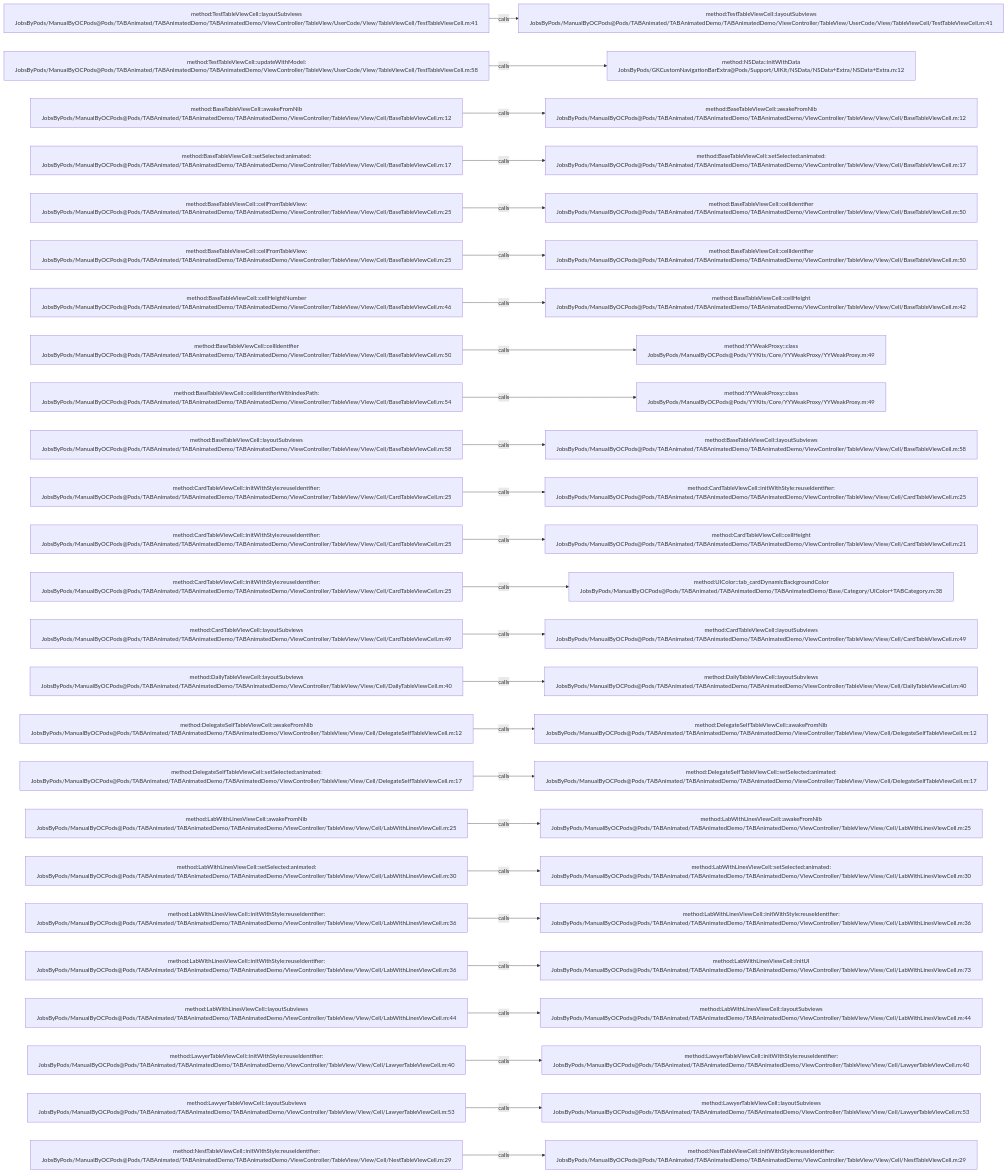
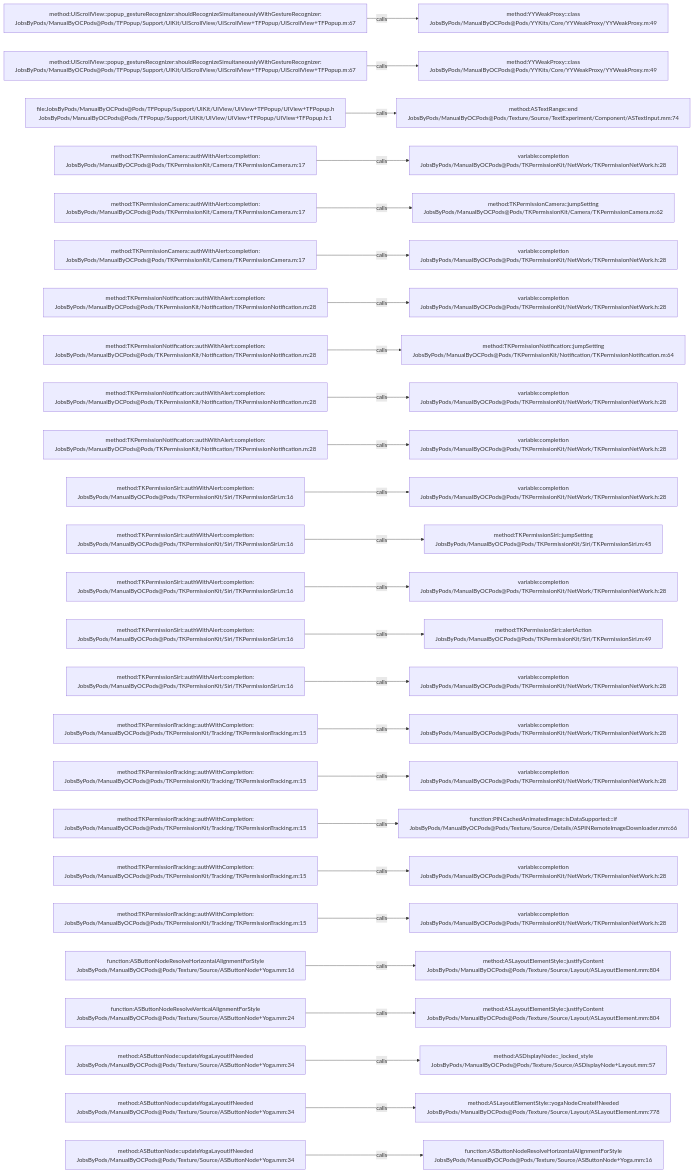
The diagram in .codegraph/codegraph.md/graphs/calls-068.md (JobsKits/JobsOCBaseConfigDemo), drawn with Mermaid before and after one commit. The commit also changed 1353 other files, not shown here.

````diff
--- a/.codegraph/codegraph.md/graphs/calls-068.md
+++ b/.codegraph/codegraph.md/graphs/calls-068.md
@@ -13,78 +13,78 @@
 ```mermaid
 flowchart LR
-  S1["method:TestTableViewCell::layoutSubviews<br/>JobsByPods/ManualByOCPods@Pods/TABAnimated/TABAnimatedDemo/TABAnimatedDemo/ViewController/TableView/UserCode/View/TableViewCell/TestTableViewCell.m:41"]
-  T1["method:TestTableViewCell::layoutSubviews<br/>JobsByPods/ManualByOCPods@Pods/TABAnimated/TABAnimatedDemo/TABAnimatedDemo/ViewController/TableView/UserCode/View/TableViewCell/TestTableViewCell.m:41"]
+  S1["method:UIScrollView::popup_gestureRecognizer:shouldRecognizeSimultaneouslyWithGestureRecognizer:<br/>JobsByPods/ManualByOCPods@Pods/TFPopup/Support/UIKit/UIScrollView/UIScrollView+TFPopup/UIScrollView+TFPopup.m:67"]
+  T1["method:YYWeakProxy::class<br/>JobsByPods/ManualByOCPods@Pods/YYKits/Core/YYWeakProxy/YYWeakProxy.m:49"]
   S1 -->|calls| T1
-  S2["method:TestTableViewCell::updateWithModel:<br/>JobsByPods/ManualByOCPods@Pods/TABAnimated/TABAnimatedDemo/TABAnimatedDemo/ViewController/TableView/UserCode/View/TableViewCell/TestTableViewCell.m:58"]
-  T2["method:NSData::initWithData<br/>JobsByPods/GKCustomNavigationBarExtra@Pods/Support/UIKit/NSData/NSData+Extra/NSData+Extra.m:12"]
+  S2["method:UIScrollView::popup_gestureRecognizer:shouldRecognizeSimultaneouslyWithGestureRecognizer:<br/>JobsByPods/ManualByOCPods@Pods/TFPopup/Support/UIKit/UIScrollView/UIScrollView+TFPopup/UIScrollView+TFPopup.m:67"]
+  T2["method:YYWeakProxy::class<br/>JobsByPods/ManualByOCPods@Pods/YYKits/Core/YYWeakProxy/YYWeakProxy.m:49"]
   S2 -->|calls| T2
-  S3["method:BaseTableViewCell::awakeFromNib<br/>JobsByPods/ManualByOCPods@Pods/TABAnimated/TABAnimatedDemo/TABAnimatedDemo/ViewController/TableView/View/Cell/BaseTableViewCell.m:12"]
-  T3["method:BaseTableViewCell::awakeFromNib<br/>JobsByPods/ManualByOCPods@Pods/TABAnimated/TABAnimatedDemo/TABAnimatedDemo/ViewController/TableView/View/Cell/BaseTableViewCell.m:12"]
+  S3["file:JobsByPods/ManualByOCPods@Pods/TFPopup/Support/UIKit/UIView/UIView+TFPopup/UIView+TFPopup.h<br/>JobsByPods/ManualByOCPods@Pods/TFPopup/Support/UIKit/UIView/UIView+TFPopup/UIView+TFPopup.h:1"]
+  T3["method:ASTextRange::end<br/>JobsByPods/ManualByOCPods@Pods/Texture/Source/TextExperiment/Component/ASTextInput.mm:74"]
   S3 -->|calls| T3
-  S4["method:BaseTableViewCell::setSelected:animated:<br/>JobsByPods/ManualByOCPods@Pods/TABAnimated/TABAnimatedDemo/TABAnimatedDemo/ViewController/TableView/View/Cell/BaseTableViewCell.m:17"]
-  T4["method:BaseTableViewCell::setSelected:animated:<br/>JobsByPods/ManualByOCPods@Pods/TABAnimated/TABAnimatedDemo/TABAnimatedDemo/ViewController/TableView/View/Cell/BaseTableViewCell.m:17"]
+  S4["method:TKPermissionCamera::authWithAlert:completion:<br/>JobsByPods/ManualByOCPods@Pods/TKPermissionKit/Camera/TKPermissionCamera.m:17"]
+  T4["variable:completion<br/>JobsByPods/ManualByOCPods@Pods/TKPermissionKit/NetWork/TKPermissionNetWork.h:28"]
   S4 -->|calls| T4
-  S5["method:BaseTableViewCell::cellFromTableView:<br/>JobsByPods/ManualByOCPods@Pods/TABAnimated/TABAnimatedDemo/TABAnimatedDemo/ViewController/TableView/View/Cell/BaseTableViewCell.m:25"]
-  T5["method:BaseTableViewCell::cellIdentifier<br/>JobsByPods/ManualByOCPods@Pods/TABAnimated/TABAnimatedDemo/TABAnimatedDemo/ViewController/TableView/View/Cell/BaseTableViewCell.m:50"]
+  S5["method:TKPermissionCamera::authWithAlert:completion:<br/>JobsByPods/ManualByOCPods@Pods/TKPermissionKit/Camera/TKPermissionCamera.m:17"]
+  T5["method:TKPermissionCamera::jumpSetting<br/>JobsByPods/ManualByOCPods@Pods/TKPermissionKit/Camera/TKPermissionCamera.m:62"]
   S5 -->|calls| T5
-  S6["method:BaseTableViewCell::cellFromTableView:<br/>JobsByPods/ManualByOCPods@Pods/TABAnimated/TABAnimatedDemo/TABAnimatedDemo/ViewController/TableView/View/Cell/BaseTableViewCell.m:25"]
-  T6["method:BaseTableViewCell::cellIdentifier<br/>JobsByPods/ManualByOCPods@Pods/TABAnimated/TABAnimatedDemo/TABAnimatedDemo/ViewController/TableView/View/Cell/BaseTableViewCell.m:50"]
+  S6["method:TKPermissionCamera::authWithAlert:completion:<br/>JobsByPods/ManualByOCPods@Pods/TKPermissionKit/Camera/TKPermissionCamera.m:17"]
+  T6["variable:completion<br/>JobsByPods/ManualByOCPods@Pods/TKPermissionKit/NetWork/TKPermissionNetWork.h:28"]
   S6 -->|calls| T6
-  S7["method:BaseTableViewCell::cellHeightNumber<br/>JobsByPods/ManualByOCPods@Pods/TABAnimated/TABAnimatedDemo/TABAnimatedDemo/ViewController/TableView/View/Cell/BaseTableViewCell.m:46"]
-  T7["method:BaseTableViewCell::cellHeight<br/>JobsByPods/ManualByOCPods@Pods/TABAnimated/TABAnimatedDemo/TABAnimatedDemo/ViewController/TableView/View/Cell/BaseTableViewCell.m:42"]
+  S7["method:TKPermissionNotification::authWithAlert:completion:<br/>JobsByPods/ManualByOCPods@Pods/TKPermissionKit/Notification/TKPermissionNotification.m:28"]
+  T7["variable:completion<br/>JobsByPods/ManualByOCPods@Pods/TKPermissionKit/NetWork/TKPermissionNetWork.h:28"]
   S7 -->|calls| T7
-  S8["method:BaseTableViewCell::cellIdentifier<br/>JobsByPods/ManualByOCPods@Pods/TABAnimated/TABAnimatedDemo/TABAnimatedDemo/ViewController/TableView/View/Cell/BaseTableViewCell.m:50"]
-  T8["method:YYWeakProxy::class<br/>JobsByPods/ManualByOCPods@Pods/YYKits/Core/YYWeakProxy/YYWeakProxy.m:49"]
+  S8["method:TKPermissionNotification::authWithAlert:completion:<br/>JobsByPods/ManualByOCPods@Pods/TKPermissionKit/Notification/TKPermissionNotification.m:28"]
+  T8["method:TKPermissionNotification::jumpSetting<br/>JobsByPods/ManualByOCPods@Pods/TKPermissionKit/Notification/TKPermissionNotification.m:64"]
   S8 -->|calls| T8
-  S9["method:BaseTableViewCell::cellIdentifierWithIndexPath:<br/>JobsByPods/ManualByOCPods@Pods/TABAnimated/TABAnimatedDemo/TABAnimatedDemo/ViewController/TableView/View/Cell/BaseTableViewCell.m:54"]
-  T9["method:YYWeakProxy::class<br/>JobsByPods/ManualByOCPods@Pods/YYKits/Core/YYWeakProxy/YYWeakProxy.m:49"]
+  S9["method:TKPermissionNotification::authWithAlert:completion:<br/>JobsByPods/ManualByOCPods@Pods/TKPermissionKit/Notification/TKPermissionNotification.m:28"]
+  T9["variable:completion<br/>JobsByPods/ManualByOCPods@Pods/TKPermissionKit/NetWork/TKPermissionNetWork.h:28"]
   S9 -->|calls| T9
-  S10["method:BaseTableViewCell::layoutSubviews<br/>JobsByPods/ManualByOCPods@Pods/TABAnimated/TABAnimatedDemo/TABAnimatedDemo/ViewController/TableView/View/Cell/BaseTableViewCell.m:58"]
-  T10["method:BaseTableViewCell::layoutSubviews<br/>JobsByPods/ManualByOCPods@Pods/TABAnimated/TABAnimatedDemo/TABAnimatedDemo/ViewController/TableView/View/Cell/BaseTableViewCell.m:58"]
+  S10["method:TKPermissionNotification::authWithAlert:completion:<br/>JobsByPods/ManualByOCPods@Pods/TKPermissionKit/Notification/TKPermissionNotification.m:28"]
+  T10["variable:completion<br/>JobsByPods/ManualByOCPods@Pods/TKPermissionKit/NetWork/TKPermissionNetWork.h:28"]
   S10 -->|calls| T10
-  S11["method:CardTableViewCell::initWithStyle:reuseIdentifier:<br/>JobsByPods/ManualByOCPods@Pods/TABAnimated/TABAnimatedDemo/TABAnimatedDemo/ViewController/TableView/View/Cell/CardTableViewCell.m:25"]
-  T11["method:CardTableViewCell::initWithStyle:reuseIdentifier:<br/>JobsByPods/ManualByOCPods@Pods/TABAnimated/TABAnimatedDemo/TABAnimatedDemo/ViewController/TableView/View/Cell/CardTableViewCell.m:25"]
+  S11["method:TKPermissionSiri::authWithAlert:completion:<br/>JobsByPods/ManualByOCPods@Pods/TKPermissionKit/Siri/TKPermissionSiri.m:16"]
+  T11["variable:completion<br/>JobsByPods/ManualByOCPods@Pods/TKPermissionKit/NetWork/TKPermissionNetWork.h:28"]
   S11 -->|calls| T11
-  S12["method:CardTableViewCell::initWithStyle:reuseIdentifier:<br/>JobsByPods/ManualByOCPods@Pods/TABAnimated/TABAnimatedDemo/TABAnimatedDemo/ViewController/TableView/View/Cell/CardTableViewCell.m:25"]
-  T12["method:CardTableViewCell::cellHeight<br/>JobsByPods/ManualByOCPods@Pods/TABAnimated/TABAnimatedDemo/TABAnimatedDemo/ViewController/TableView/View/Cell/CardTableViewCell.m:21"]
+  S12["method:TKPermissionSiri::authWithAlert:completion:<br/>JobsByPods/ManualByOCPods@Pods/TKPermissionKit/Siri/TKPermissionSiri.m:16"]
+  T12["method:TKPermissionSiri::jumpSetting<br/>JobsByPods/ManualByOCPods@Pods/TKPermissionKit/Siri/TKPermissionSiri.m:45"]
   S12 -->|calls| T12
-  S13["method:CardTableViewCell::initWithStyle:reuseIdentifier:<br/>JobsByPods/ManualByOCPods@Pods/TABAnimated/TABAnimatedDemo/TABAnimatedDemo/ViewController/TableView/View/Cell/CardTableViewCell.m:25"]
-  T13["method:UIColor::tab_cardDynamicBackgroundColor<br/>JobsByPods/ManualByOCPods@Pods/TABAnimated/TABAnimatedDemo/TABAnimatedDemo/Base/Category/UIColor+TABCategory.m:38"]
+  S13["method:TKPermissionSiri::authWithAlert:completion:<br/>JobsByPods/ManualByOCPods@Pods/TKPermissionKit/Siri/TKPermissionSiri.m:16"]
+  T13["variable:completion<br/>JobsByPods/ManualByOCPods@Pods/TKPermissionKit/NetWork/TKPermissionNetWork.h:28"]
   S13 -->|calls| T13
-  S14["method:CardTableViewCell::layoutSubviews<br/>JobsByPods/ManualByOCPods@Pods/TABAnimated/TABAnimatedDemo/TABAnimatedDemo/ViewController/TableView/View/Cell/CardTableViewCell.m:49"]
-  T14["method:CardTableViewCell::layoutSubviews<br/>JobsByPods/ManualByOCPods@Pods/TABAnimated/TABAnimatedDemo/TABAnimatedDemo/ViewController/TableView/View/Cell/CardTableViewCell.m:49"]
+  S14["method:TKPermissionSiri::authWithAlert:completion:<br/>JobsByPods/ManualByOCPods@Pods/TKPermissionKit/Siri/TKPermissionSiri.m:16"]
+  T14["method:TKPermissionSiri::alertAction<br/>JobsByPods/ManualByOCPods@Pods/TKPermissionKit/Siri/TKPermissionSiri.m:49"]
   S14 -->|calls| T14
-  S15["method:DailyTableViewCell::layoutSubviews<br/>JobsByPods/ManualByOCPods@Pods/TABAnimated/TABAnimatedDemo/TABAnimatedDemo/ViewController/TableView/View/Cell/DailyTableViewCell.m:40"]
-  T15["method:DailyTableViewCell::layoutSubviews<br/>JobsByPods/ManualByOCPods@Pods/TABAnimated/TABAnimatedDemo/TABAnimatedDemo/ViewController/TableView/View/Cell/DailyTableViewCell.m:40"]
+  S15["method:TKPermissionSiri::authWithAlert:completion:<br/>JobsByPods/ManualByOCPods@Pods/TKPermissionKit/Siri/TKPermissionSiri.m:16"]
+  T15["variable:completion<br/>JobsByPods/ManualByOCPods@Pods/TKPermissionKit/NetWork/TKPermissionNetWork.h:28"]
   S15 -->|calls| T15
-  S16["method:DelegateSelfTableViewCell::awakeFromNib<br/>JobsByPods/ManualByOCPods@Pods/TABAnimated/TABAnimatedDemo/TABAnimatedDemo/ViewController/TableView/View/Cell/DelegateSelfTableViewCell.m:12"]
-  T16["method:DelegateSelfTableViewCell::awakeFromNib<br/>JobsByPods/ManualByOCPods@Pods/TABAnimated/TABAnimatedDemo/TABAnimatedDemo/ViewController/TableView/View/Cell/DelegateSelfTableViewCell.m:12"]
+  S16["method:TKPermissionTracking::authWithCompletion:<br/>JobsByPods/ManualByOCPods@Pods/TKPermissionKit/Tracking/TKPermissionTracking.m:15"]
+  T16["variable:completion<br/>JobsByPods/ManualByOCPods@Pods/TKPermissionKit/NetWork/TKPermissionNetWork.h:28"]
   S16 -->|calls| T16
-  S17["method:DelegateSelfTableViewCell::setSelected:animated:<br/>JobsByPods/ManualByOCPods@Pods/TABAnimated/TABAnimatedDemo/TABAnimatedDemo/ViewController/TableView/View/Cell/DelegateSelfTableViewCell.m:17"]
-  T17["method:DelegateSelfTableViewCell::setSelected:animated:<br/>JobsByPods/ManualByOCPods@Pods/TABAnimated/TABAnimatedDemo/TABAnimatedDemo/ViewController/TableView/View/Cell/DelegateSelfTableViewCell.m:17"]
+  S17["method:TKPermissionTracking::authWithCompletion:<br/>JobsByPods/ManualByOCPods@Pods/TKPermissionKit/Tracking/TKPermissionTracking.m:15"]
+  T17["variable:completion<br/>JobsByPods/ManualByOCPods@Pods/TKPermissionKit/NetWork/TKPermissionNetWork.h:28"]
   S17 -->|calls| T17
-  S18["method:LabWithLinesViewCell::awakeFromNib<br/>JobsByPods/ManualByOCPods@Pods/TABAnimated/TABAnimatedDemo/TABAnimatedDemo/ViewController/TableView/View/Cell/LabWithLinesViewCell.m:25"]
-  T18["method:LabWithLinesViewCell::awakeFromNib<br/>JobsByPods/ManualByOCPods@Pods/TABAnimated/TABAnimatedDemo/TABAnimatedDemo/ViewController/TableView/View/Cell/LabWithLinesViewCell.m:25"]
+  S18["method:TKPermissionTracking::authWithCompletion:<br/>JobsByPods/ManualByOCPods@Pods/TKPermissionKit/Tracking/TKPermissionTracking.m:15"]
+  T18["function:PINCachedAnimatedImage::isDataSupported:::if<br/>JobsByPods/ManualByOCPods@Pods/Texture/Source/Details/ASPINRemoteImageDownloader.mm:66"]
   S18 -->|calls| T18
-  S19["method:LabWithLinesViewCell::setSelected:animated:<br/>JobsByPods/ManualByOCPods@Pods/TABAnimated/TABAnimatedDemo/TABAnimatedDemo/ViewController/TableView/View/Cell/LabWithLinesViewCell.m:30"]
-  T19["method:LabWithLinesViewCell::setSelected:animated:<br/>JobsByPods/ManualByOCPods@Pods/TABAnimated/TABAnimatedDemo/TABAnimatedDemo/ViewController/TableView/View/Cell/LabWithLinesViewCell.m:30"]
+  S19["method:TKPermissionTracking::authWithCompletion:<br/>JobsByPods/ManualByOCPods@Pods/TKPermissionKit/Tracking/TKPermissionTracking.m:15"]
+  T19["variable:completion<br/>JobsByPods/ManualByOCPods@Pods/TKPermissionKit/NetWork/TKPermissionNetWork.h:28"]
   S19 -->|calls| T19
-  S20["method:LabWithLinesViewCell::initWithStyle:reuseIdentifier:<br/>JobsByPods/ManualByOCPods@Pods/TABAnimated/TABAnimatedDemo/TABAnimatedDemo/ViewController/TableView/View/Cell/LabWithLinesViewCell.m:36"]
-  T20["method:LabWithLinesViewCell::initWithStyle:reuseIdentifier:<br/>JobsByPods/ManualByOCPods@Pods/TABAnimated/TABAnimatedDemo/TABAnimatedDemo/ViewController/TableView/View/Cell/LabWithLinesViewCell.m:36"]
+  S20["method:TKPermissionTracking::authWithCompletion:<br/>JobsByPods/ManualByOCPods@Pods/TKPermissionKit/Tracking/TKPermissionTracking.m:15"]
+  T20["variable:completion<br/>JobsByPods/ManualByOCPods@Pods/TKPermissionKit/NetWork/TKPermissionNetWork.h:28"]
   S20 -->|calls| T20
-  S21["method:LabWithLinesViewCell::initWithStyle:reuseIdentifier:<br/>JobsByPods/ManualByOCPods@Pods/TABAnimated/TABAnimatedDemo/TABAnimatedDemo/ViewController/TableView/View/Cell/LabWithLinesViewCell.m:36"]
-  T21["method:LabWithLinesViewCell::initUI<br/>JobsByPods/ManualByOCPods@Pods/TABAnimated/TABAnimatedDemo/TABAnimatedDemo/ViewController/TableView/View/Cell/LabWithLinesViewCell.m:73"]
+  S21["function:ASButtonNodeResolveHorizontalAlignmentForStyle<br/>JobsByPods/ManualByOCPods@Pods/Texture/Source/ASButtonNode+Yoga.mm:16"]
+  T21["method:ASLayoutElementStyle::justifyContent<br/>JobsByPods/ManualByOCPods@Pods/Texture/Source/Layout/ASLayoutElement.mm:804"]
   S21 -->|calls| T21
-  S22["method:LabWithLinesViewCell::layoutSubviews<br/>JobsByPods/ManualByOCPods@Pods/TABAnimated/TABAnimatedDemo/TABAnimatedDemo/ViewController/TableView/View/Cell/LabWithLinesViewCell.m:44"]
-  T22["method:LabWithLinesViewCell::layoutSubviews<br/>JobsByPods/ManualByOCPods@Pods/TABAnimated/TABAnimatedDemo/TABAnimatedDemo/ViewController/TableView/View/Cell/LabWithLinesViewCell.m:44"]
+  S22["function:ASButtonNodeResolveVerticalAlignmentForStyle<br/>JobsByPods/ManualByOCPods@Pods/Texture/Source/ASButtonNode+Yoga.mm:24"]
+  T22["method:ASLayoutElementStyle::justifyContent<br/>JobsByPods/ManualByOCPods@Pods/Texture/Source/Layout/ASLayoutElement.mm:804"]
   S22 -->|calls| T22
-  S23["method:LawyerTableViewCell::initWithStyle:reuseIdentifier:<br/>JobsByPods/ManualByOCPods@Pods/TABAnimated/TABAnimatedDemo/TABAnimatedDemo/ViewController/TableView/View/Cell/LawyerTableViewCell.m:40"]
-  T23["method:LawyerTableViewCell::initWithStyle:reuseIdentifier:<br/>JobsByPods/ManualByOCPods@Pods/TABAnimated/TABAnimatedDemo/TABAnimatedDemo/ViewController/TableView/View/Cell/LawyerTableViewCell.m:40"]
+  S23["method:ASButtonNode::updateYogaLayoutIfNeeded<br/>JobsByPods/ManualByOCPods@Pods/Texture/Source/ASButtonNode+Yoga.mm:34"]
+  T23["method:ASDisplayNode::_locked_style<br/>JobsByPods/ManualByOCPods@Pods/Texture/Source/ASDisplayNode+Layout.mm:57"]
   S23 -->|calls| T23
-  S24["method:LawyerTableViewCell::layoutSubviews<br/>JobsByPods/ManualByOCPods@Pods/TABAnimated/TABAnimatedDemo/TABAnimatedDemo/ViewController/TableView/View/Cell/LawyerTableViewCell.m:53"]
-  T24["method:LawyerTableViewCell::layoutSubviews<br/>JobsByPods/ManualByOCPods@Pods/TABAnimated/TABAnimatedDemo/TABAnimatedDemo/ViewController/TableView/View/Cell/LawyerTableViewCell.m:53"]
+  S24["method:ASButtonNode::updateYogaLayoutIfNeeded<br/>JobsByPods/ManualByOCPods@Pods/Texture/Source/ASButtonNode+Yoga.mm:34"]
+  T24["method:ASLayoutElementStyle::yogaNodeCreateIfNeeded<br/>JobsByPods/ManualByOCPods@Pods/Texture/Source/Layout/ASLayoutElement.mm:778"]
   S24 -->|calls| T24
-  S25["method:NestTableViewCell::initWithStyle:reuseIdentifier:<br/>JobsByPods/ManualByOCPods@Pods/TABAnimated/TABAnimatedDemo/TABAnimatedDemo/ViewController/TableView/View/Cell/NestTableViewCell.m:29"]
-  T25["method:NestTableViewCell::initWithStyle:reuseIdentifier:<br/>JobsByPods/ManualByOCPods@Pods/TABAnimated/TABAnimatedDemo/TABAnimatedDemo/ViewController/TableView/View/Cell/NestTableViewCell.m:29"]
+  S25["method:ASButtonNode::updateYogaLayoutIfNeeded<br/>JobsByPods/ManualByOCPods@Pods/Texture/Source/ASButtonNode+Yoga.mm:34"]
+  T25["function:ASButtonNodeResolveHorizontalAlignmentForStyle<br/>JobsByPods/ManualByOCPods@Pods/Texture/Source/ASButtonNode+Yoga.mm:16"]
   S25 -->|calls| T25
 ```
````
